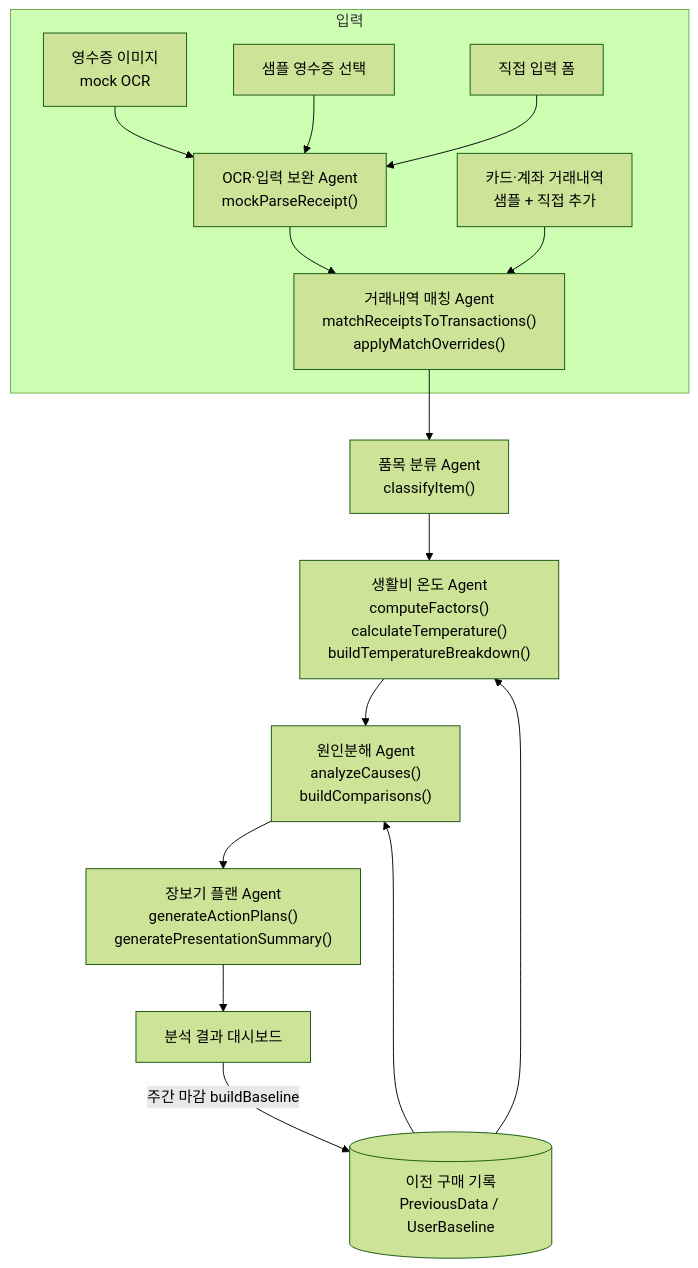
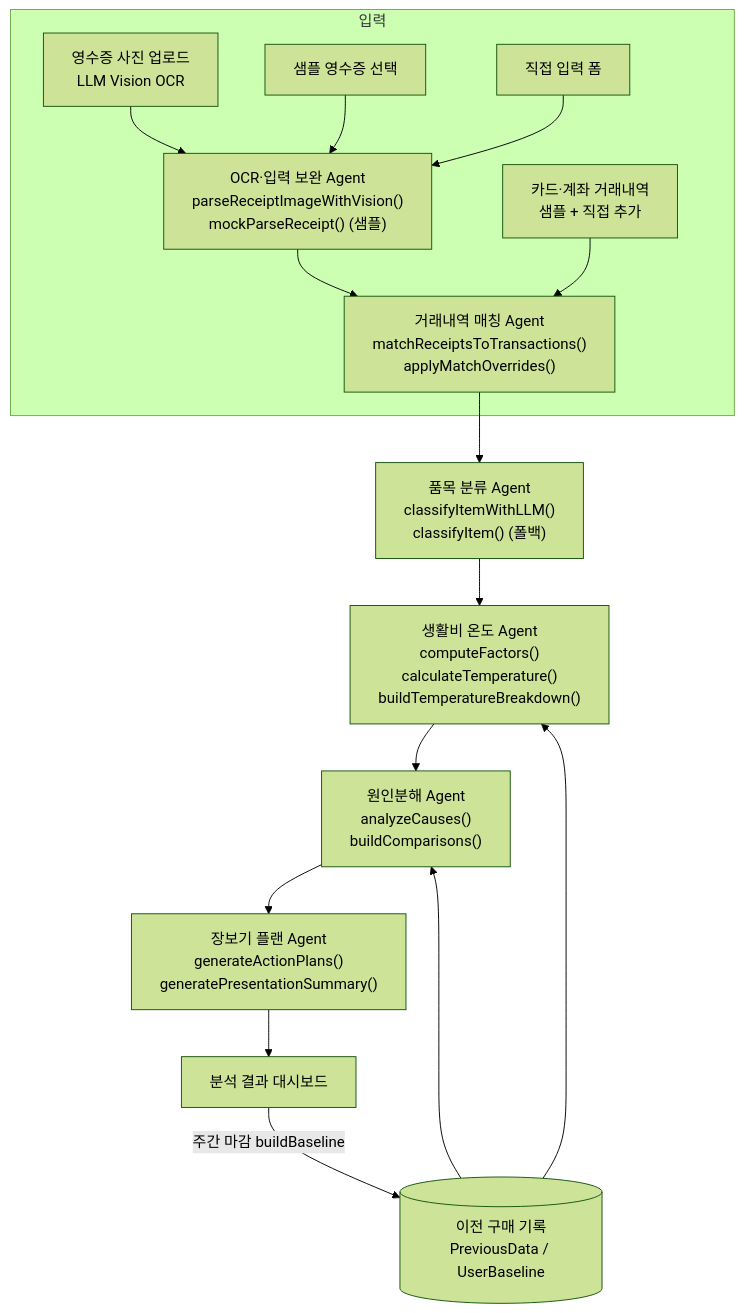
One commit to nexormuse/moneysense changed the diagram in docs/architecture.md. Above: the diagram before and after it, drawn with Mermaid (forest theme). The commit also changed other lines of this file and 3 other files, not shown here.

First line of the commit message:
문서 동기화: Vision OCR 실구현 반영

````diff
--- a/docs/architecture.md
+++ b/docs/architecture.md
@@ -11,20 +11,20 @@
 ```mermaid
 flowchart TD
   subgraph 입력
-    A1[영수증 이미지<br/>mock OCR] --> B
+    A1[영수증 사진 업로드<br/>LLM Vision OCR] --> B
     A2[샘플 영수증 선택] --> B
     A3[직접 입력 폼] --> B
     A4[카드·계좌 거래내역<br/>샘플 + 직접 추가] --> C
   end
 
-  B["OCR·입력 보완 Agent<br/>mockParseReceipt()"] --> C
+  B["OCR·입력 보완 Agent<br/>parseReceiptImageWithVision()<br/>mockParseReceipt() (샘플)"] --> C
   C["거래내역 매칭 Agent<br/>matchReceiptsToTransactions()<br/>applyMatchOverrides()"] --> D
-  D["품목 분류 Agent<br/>classifyItem()"] --> E
+  D["품목 분류 Agent<br/>classifyItemWithLLM()<br/>classifyItem() (폴백)"] --> E
   E["생활비 온도 Agent<br/>computeFactors()<br/>calculateTemperature()<br/>buildTemperatureBreakdown()"] --> F
   F["원인분해 Agent<br/>analyzeCauses()<br/>buildComparisons()"] --> G
   G["장보기 플랜 Agent<br/>generateActionPlans()<br/>generatePresentationSummary()"] --> H[분석 결과 대시보드]
 
   P[(이전 구매 기록<br/>PreviousData / UserBaseline)] --> E
   P --> F
   H -->|주간 마감 buildBaseline| P
 ```
````
